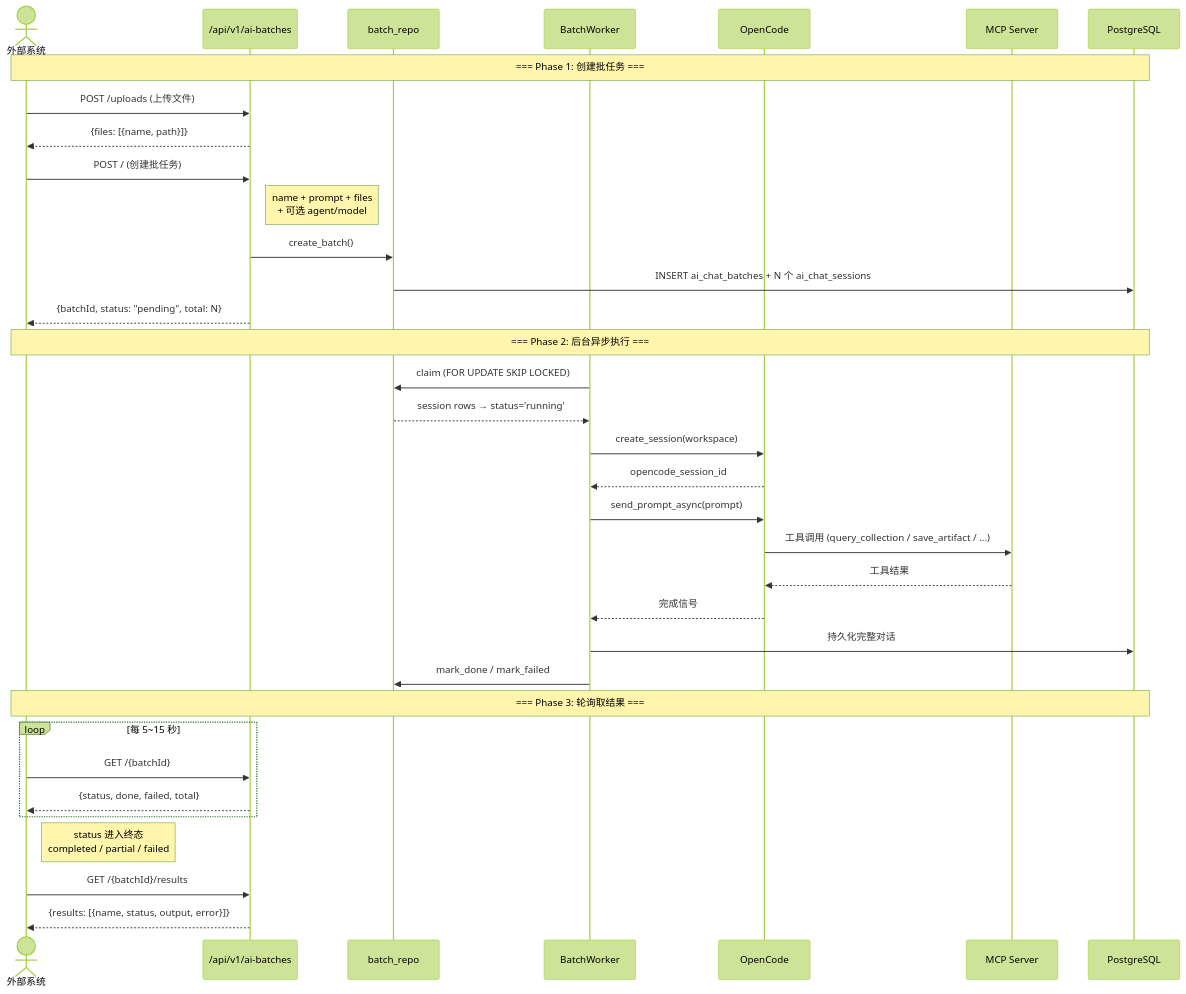
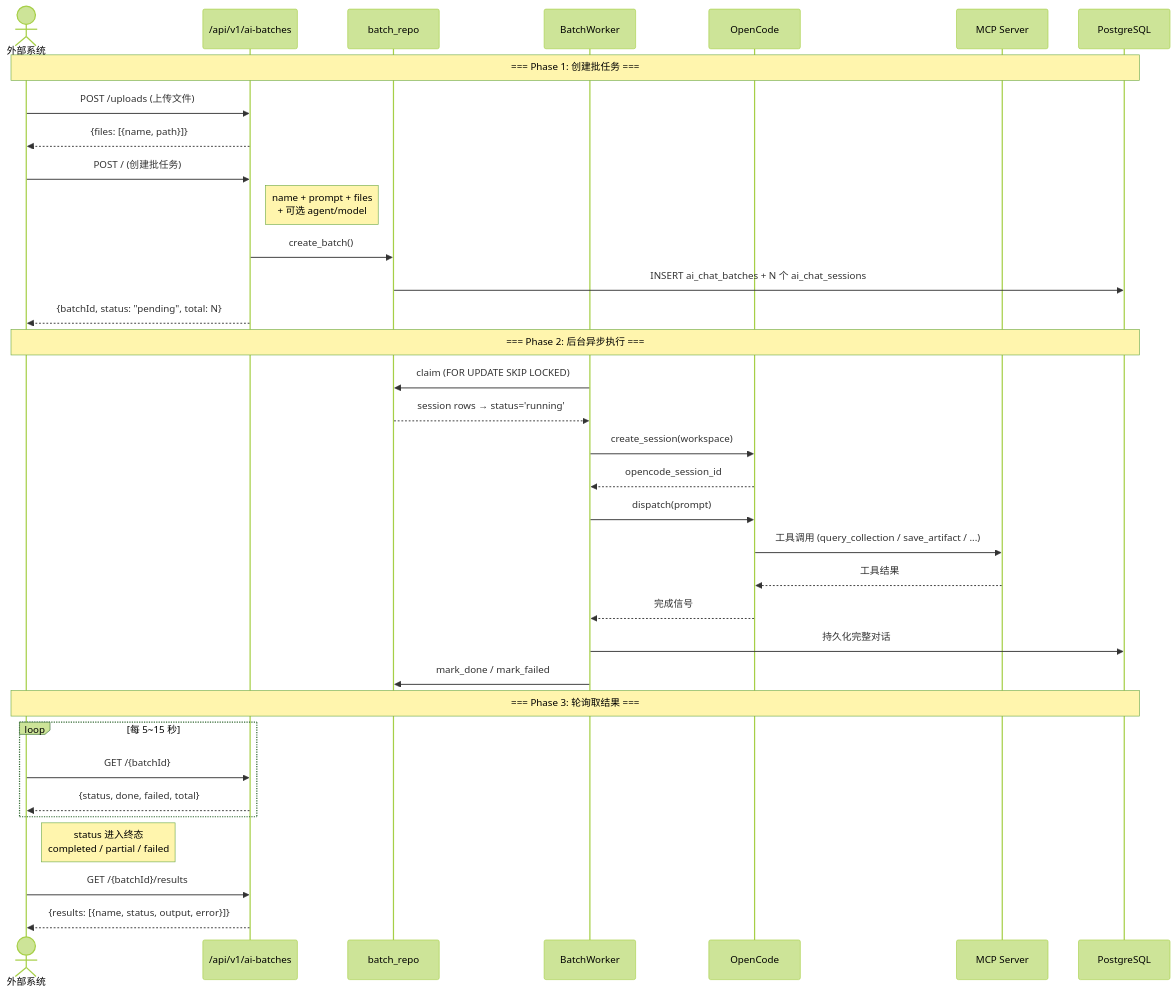
One commit to morningKing/check-manage changed the second of 6 diagrams in docs/user-guide/integration/ai-architecture.md. Above: the diagram before and after it, drawn with Mermaid (forest theme). The commit also changed other lines of this file and 12 other files, not shown here.

````diff
--- a/docs/user-guide/integration/ai-architecture.md
+++ b/docs/user-guide/integration/ai-architecture.md
@@ -82,46 +99,46 @@
 ```mermaid
 sequenceDiagram
     actor EXT as 外部系统
     participant API as /api/v1/ai-batches
     participant REPO as batch_repo
     participant WORKER as BatchWorker
     participant OC as OpenCode
     participant MCP as MCP Server
     participant DB as PostgreSQL
 
     Note over EXT,DB: === Phase 1: 创建批任务 ===
 
     EXT->>API: POST /uploads (上传文件)
     API-->>EXT: {files: [{name, path}]}
 
     EXT->>API: POST / (创建批任务)
     Note right of API: name + prompt + files<br/>+ 可选 agent/model
     API->>REPO: create_batch()
     REPO->>DB: INSERT ai_chat_batches + N 个 ai_chat_sessions
     API-->>EXT: {batchId, status: "pending", total: N}
 
     Note over EXT,DB: === Phase 2: 后台异步执行 ===
 
     WORKER->>REPO: claim (FOR UPDATE SKIP LOCKED)
     REPO-->>WORKER: session rows → status='running'
     WORKER->>OC: create_session(workspace)
     OC-->>WORKER: opencode_session_id
-    WORKER->>OC: send_prompt_async(prompt)
+    WORKER->>OC: dispatch(prompt)
     OC->>MCP: 工具调用 (query_collection / save_artifact / ...)
     MCP-->>OC: 工具结果
     OC-->>WORKER: 完成信号
     WORKER->>DB: 持久化完整对话
     WORKER->>REPO: mark_done / mark_failed
 
     Note over EXT,DB: === Phase 3: 轮询取结果 ===
 
     loop 每 5~15 秒
         EXT->>API: GET /{batchId}
         API-->>EXT: {status, done, failed, total}
     end
 
     Note right of EXT: status 进入终态<br/>completed / partial / failed
 
     EXT->>API: GET /{batchId}/results
     API-->>EXT: {results: [{name, status, output, error}]}
 ```
````
